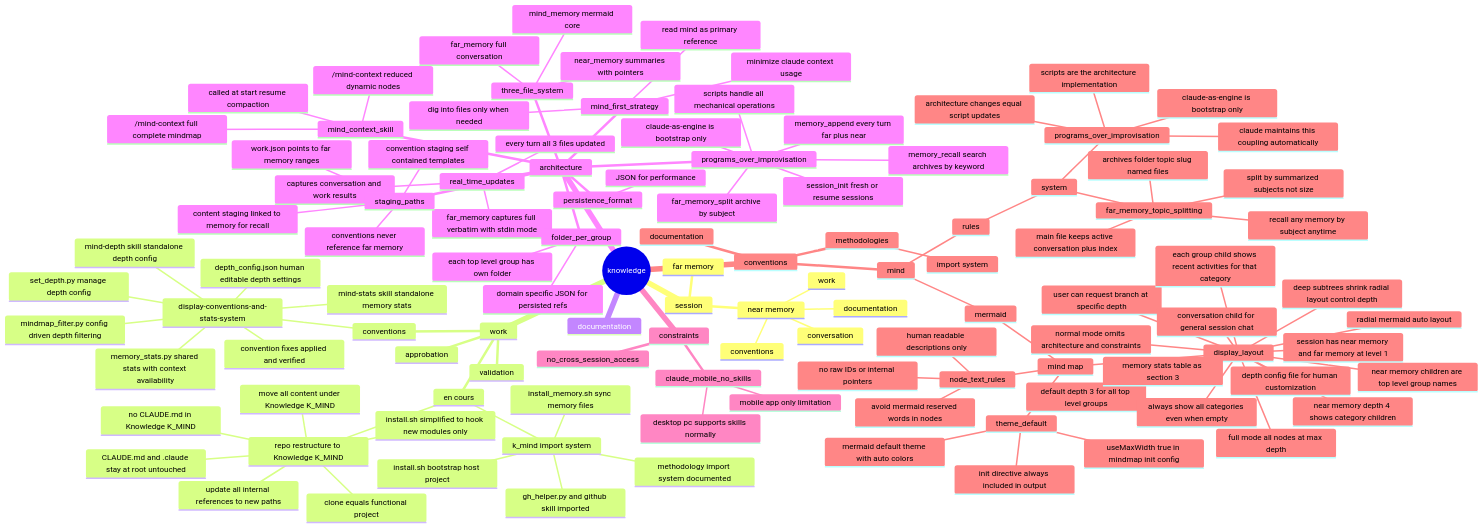
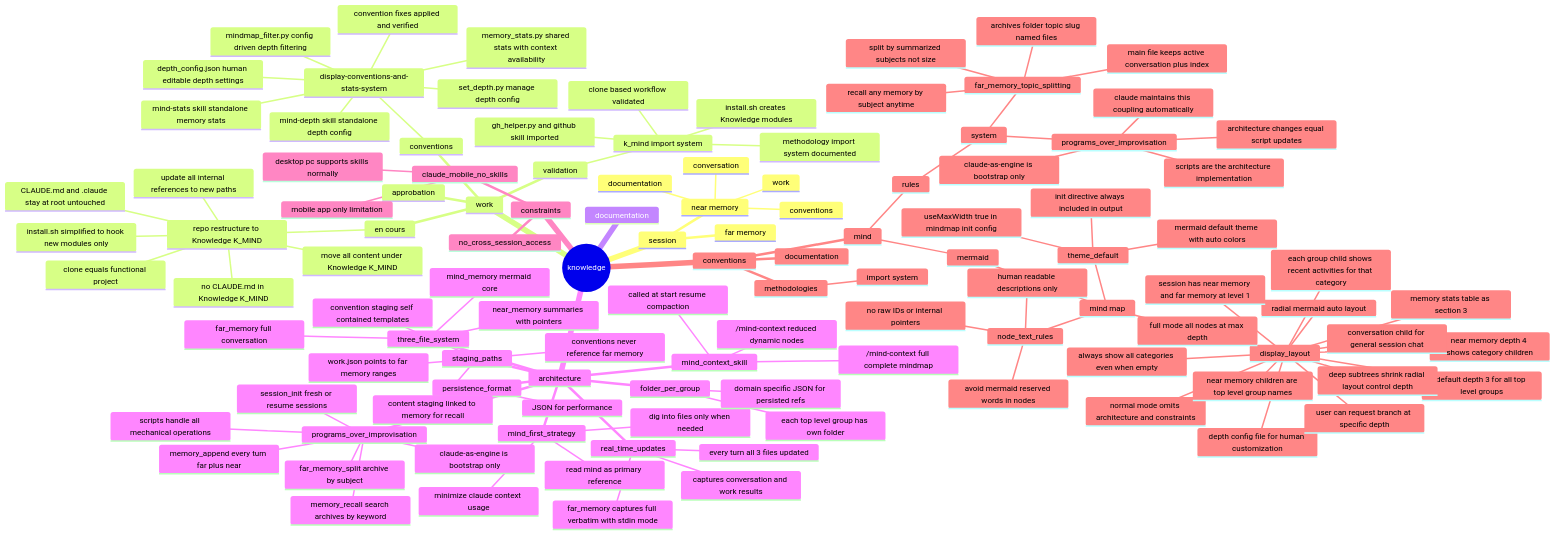
Before and after one commit to packetqc/K_DOCS: the diagram in Knowledge/K_MIND/mind/mind_memory.md, drawn with Mermaid. The commit also changed 2 other files, not shown here.

Commit message:
feat: install.sh creates Knowledge modules, methodology updated
install.sh now accepts MODULE_NAME parameter to create Knowledge modules.
Methodology recipe updated with module creation step.
Import system work moved to validation in mindmap.

```diff
--- a/Knowledge/K_MIND/mind/mind_memory.md
+++ b/Knowledge/K_MIND/mind/mind_memory.md
@@ -18,12 +18,12 @@
           update all internal references to new paths
           clone equals functional project
           install.sh simplified to hook new modules only
+      validation
         k_mind import system
-          install.sh bootstrap host project
-          install_memory.sh sync memory files
+          install.sh creates Knowledge modules
           gh_helper.py and github skill imported
           methodology import system documented
-      validation
+          clone based workflow validated
       approbation
       conventions
         display-conventions-and-stats-system
```
